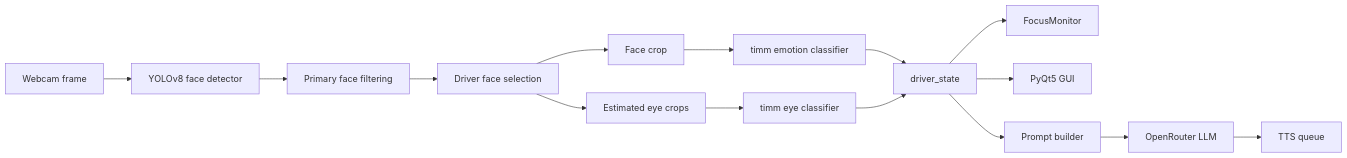
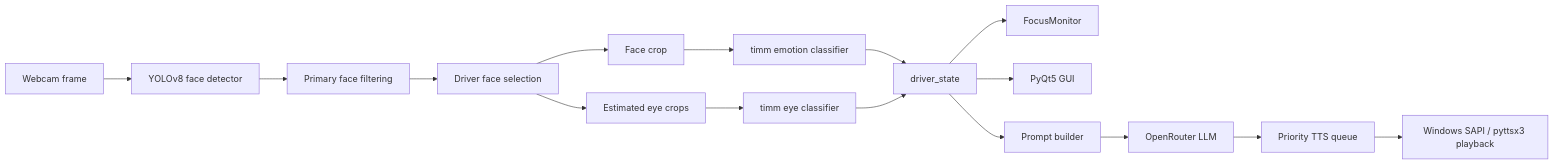
Before and after one commit to CS731-2026/project-1-emotion-aware-chatbot-team-6: the first of 2 diagrams in README.md, drawn with Mermaid. The commit also changed other lines of this file and 4 other files, not shown here.

````diff
--- a/README.md
+++ b/README.md
@@ -135,17 +136,18 @@
 ```mermaid
 flowchart LR
     A["Webcam frame"] --> B["YOLOv8 face detector"]
     B --> C["Primary face filtering"]
     C --> D["Driver face selection"]
     D --> E["Face crop"]
     E --> F["timm emotion classifier"]
     D --> G["Estimated eye crops"]
     G --> H["timm eye classifier"]
     F --> I["driver_state"]
     H --> I
     I --> J["FocusMonitor"]
     I --> K["PyQt5 GUI"]
     I --> L["Prompt builder"]
     L --> M["OpenRouter LLM"]
-    M --> N["TTS queue"]
+    M --> N["Priority TTS queue"]
+    N --> O["Windows SAPI / pyttsx3 playback"]
 ```
````
